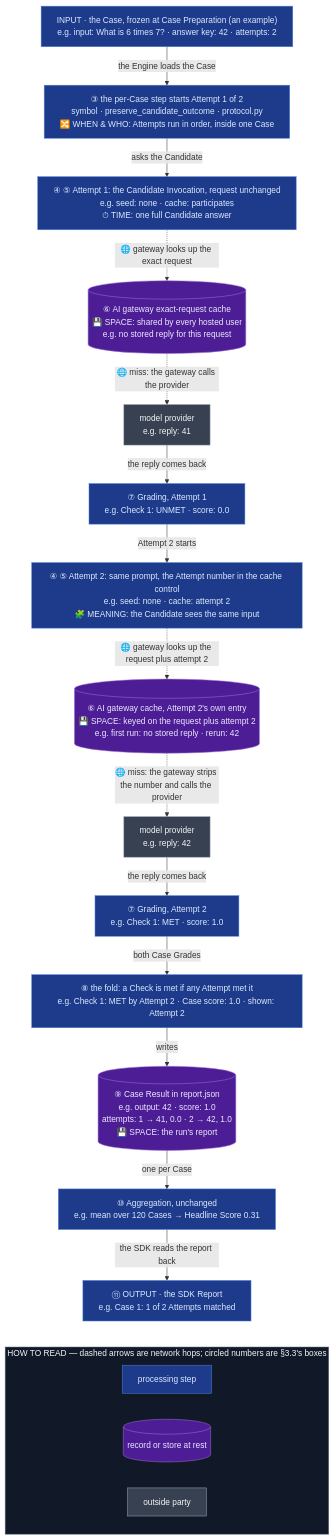
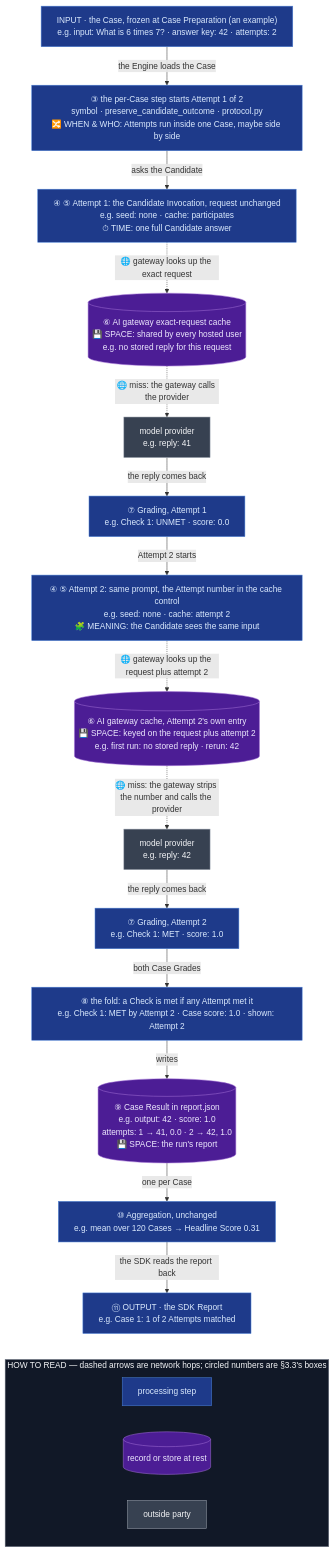
One commit to ScreamingFace/screamingface changed the second of 3 diagrams in docs/spec/2026-10-07-OME-1458-attempts-per-case.md. Above: the diagram before and after it, drawn with Mermaid. The commit also changed other lines of this file and 1 other file, not shown here.

First line of the commit message:
docs(screamingface-engine): record what the Attempts build learned in the spec and plan

````diff
--- a/docs/spec/2026-10-07-OME-1458-attempts-per-case.md
+++ b/docs/spec/2026-10-07-OME-1458-attempts-per-case.md
@@ -251,45 +252,45 @@
 ```mermaid
 %%{init: {"flowchart": {"wrappingWidth": 460}}}%%
 flowchart TB
   s0["INPUT · the Case, frozen at Case Preparation (an example)<br/>e.g. input: What is 6 times 7? · answer key: 42 · attempts: 2"]
-  s3["③ the per-Case step starts Attempt 1 of 2<br/>symbol · preserve_candidate_outcome · protocol.py<br/>🔀 WHEN & WHO: Attempts run in order, inside one Case"]
+  s3["③ the per-Case step starts Attempt 1 of 2<br/>symbol · preserve_candidate_outcome · protocol.py<br/>🔀 WHEN & WHO: Attempts run inside one Case, maybe side by side"]
   s4a["④ ⑤ Attempt 1: the Candidate Invocation, request unchanged<br/>e.g. seed: none · cache: participates<br/>⏱ TIME: one full Candidate answer"]
   c1[("⑥ AI gateway exact-request cache<br/>💾 SPACE: shared by every hosted user<br/>e.g. no stored reply for this request")]
   p1["model provider<br/>e.g. reply: 41"]
   s7a["⑦ Grading, Attempt 1<br/>e.g. Check 1: UNMET · score: 0.0"]
   s4b["④ ⑤ Attempt 2: same prompt, the Attempt number in the cache control<br/>e.g. seed: none · cache: attempt 2<br/>🧩 MEANING: the Candidate sees the same input"]
   c2[("⑥ AI gateway cache, Attempt 2's own entry<br/>💾 SPACE: keyed on the request plus attempt 2<br/>e.g. first run: no stored reply · rerun: 42")]
   p2["model provider<br/>e.g. reply: 42"]
   s7b["⑦ Grading, Attempt 2<br/>e.g. Check 1: MET · score: 1.0"]
   s8["⑧ the fold: a Check is met if any Attempt met it<br/>e.g. Check 1: MET by Attempt 2 · Case score: 1.0 · shown: Attempt 2"]
   r9[("⑨ Case Result in report.json<br/>e.g. output: 42 · score: 1.0<br/>attempts: 1 → 41, 0.0 · 2 → 42, 1.0<br/>💾 SPACE: the run's report")]
   s10["⑩ Aggregation, unchanged<br/>e.g. mean over 120 Cases → Headline Score 0.31"]
   s11["⑪ OUTPUT · the SDK Report<br/>e.g. Case 1: 1 of 2 Attempts matched"]
   s0 -->|the Engine loads the Case| s3
   s3 -->|asks the Candidate| s4a
   s4a -.->|🌐 gateway looks up the exact request| c1
   c1 -.->|🌐 miss: the gateway calls the provider| p1
   p1 -->|the reply comes back| s7a
   s7a -->|Attempt 2 starts| s4b
   s4b -.->|🌐 gateway looks up the request plus attempt 2| c2
   c2 -.->|🌐 miss: the gateway strips the number and calls the provider| p2
   p2 -->|the reply comes back| s7b
   s7b -->|both Case Grades| s8
   s8 -->|writes| r9
   r9 -->|one per Case| s10
   s10 -->|the SDK reads the report back| s11
   subgraph KEY["HOW TO READ — dashed arrows are network hops; circled numbers are §3.3's boxes"]
     direction LR
     k1["processing step"]
     k2[("record or store at rest")]
     k3["outside party"]
   end
   s11 ~~~ KEY
   classDef stage fill:#1e3a8a,stroke:#4a7fd4,color:#dbeafe
   classDef data  fill:#4c1d95,stroke:#a06ed4,color:#ede9fe
   classDef plain fill:#374151,stroke:#9ca3af,color:#f3f4f6
   class s0,s3,s4a,s4b,s7a,s7b,s8,s10,s11,k1 stage
   class c1,c2,r9,k2 data
   class p1,p2,k3 plain
   style KEY fill:#111827,stroke:#6b7280,color:#f3f4f6
 ```
````
